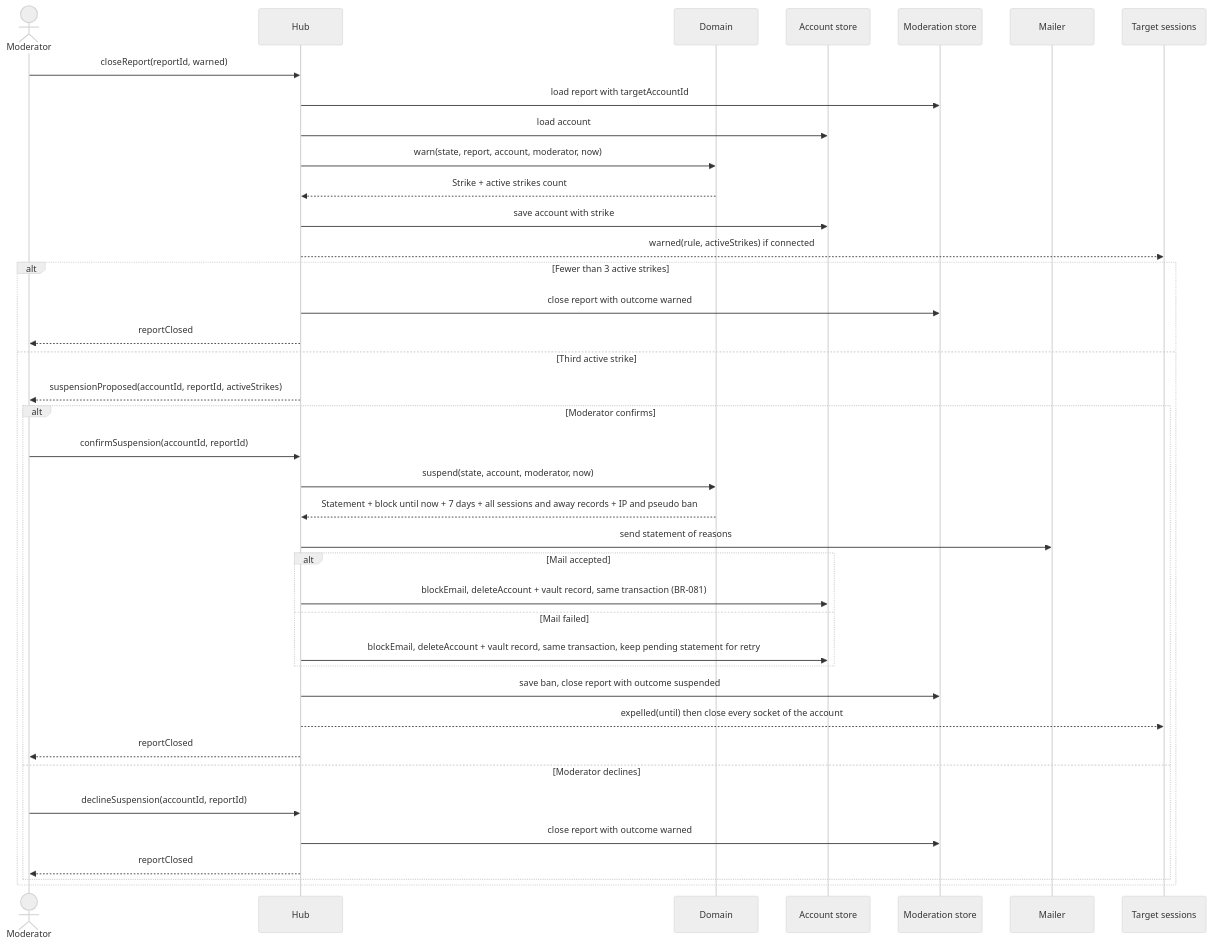
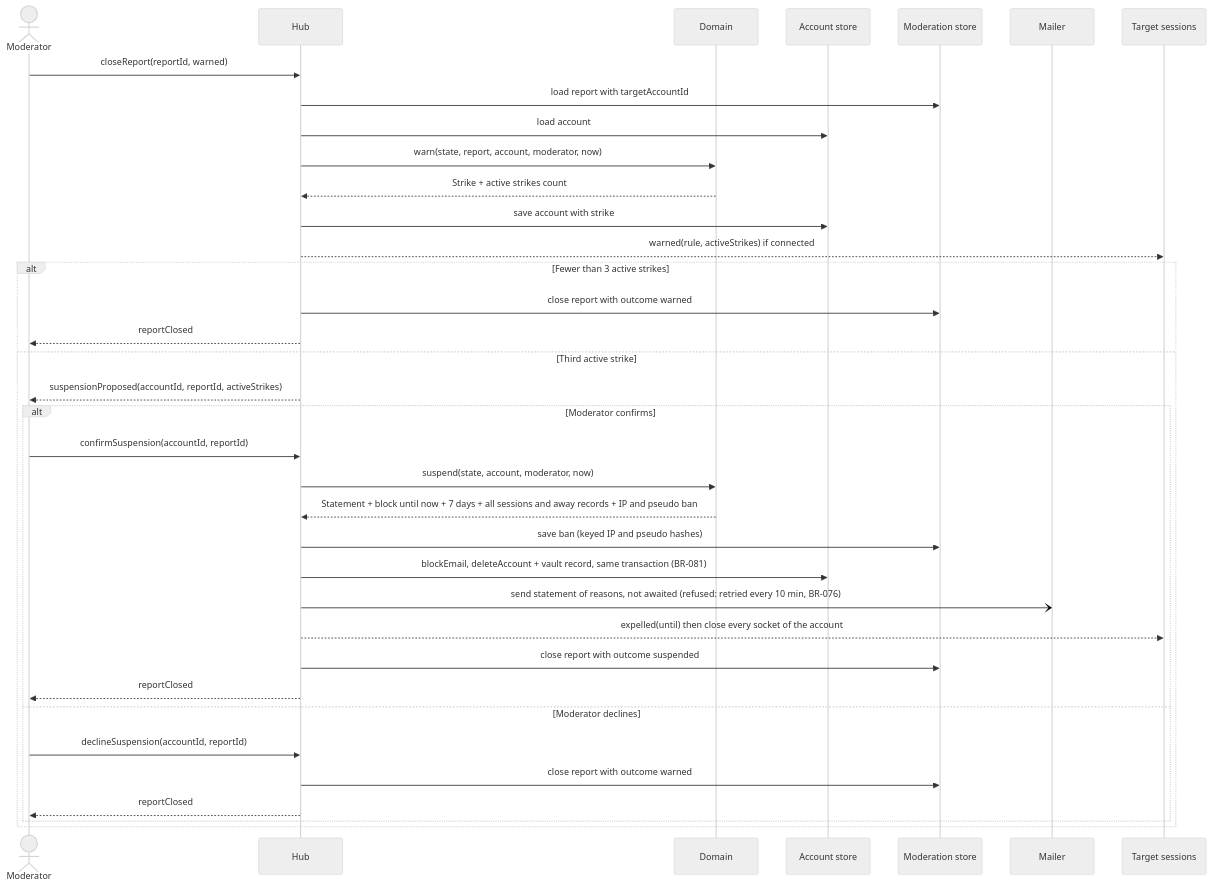
Before and after one commit to benoit-bremaud/asv: the diagram in docs/architecture/diagrams/moderation/02d-sequence-warn-and-suspend.md, drawn with Mermaid (neutral theme). The commit also changed other lines of this file and 62 other files, not shown here.

````diff
--- a/docs/architecture/diagrams/moderation/02d-sequence-warn-and-suspend.md
+++ b/docs/architecture/diagrams/moderation/02d-sequence-warn-and-suspend.md
@@ -15,41 +15,38 @@
 ```mermaid
 sequenceDiagram
   actor M as Moderator
   participant H as Hub
   participant D as Domain
   participant AS as Account store
   participant ST as Moderation store
   participant ML as Mailer
   participant T as Target sessions
   M->>H: closeReport(reportId, warned)
   H->>ST: load report with targetAccountId
   H->>AS: load account
   H->>D: warn(state, report, account, moderator, now)
   D-->>H: Strike + active strikes count
   H->>AS: save account with strike
   H-->>T: warned(rule, activeStrikes) if connected
   alt Fewer than 3 active strikes
     H->>ST: close report with outcome warned
     H-->>M: reportClosed
   else Third active strike
     H-->>M: suspensionProposed(accountId, reportId, activeStrikes)
     alt Moderator confirms
       M->>H: confirmSuspension(accountId, reportId)
       H->>D: suspend(state, account, moderator, now)
       D-->>H: Statement + block until now + 7 days + all sessions and away records + IP and pseudo ban
-      H->>ML: send statement of reasons
-      alt Mail accepted
-        H->>AS: blockEmail, deleteAccount + vault record, same transaction (BR-081)
-      else Mail failed
-        H->>AS: blockEmail, deleteAccount + vault record, same transaction, keep pending statement for retry
-      end
-      H->>ST: save ban, close report with outcome suspended
+      H->>ST: save ban (keyed IP and pseudo hashes)
+      H->>AS: blockEmail, deleteAccount + vault record, same transaction (BR-081)
+      H-)ML: send statement of reasons, not awaited (refused: retried every 10 min, BR-076)
       H-->>T: expelled(until) then close every socket of the account
+      H->>ST: close report with outcome suspended
       H-->>M: reportClosed
     else Moderator declines
       M->>H: declineSuspension(accountId, reportId)
       H->>ST: close report with outcome warned
       H-->>M: reportClosed
     end
   end
 ```
````
